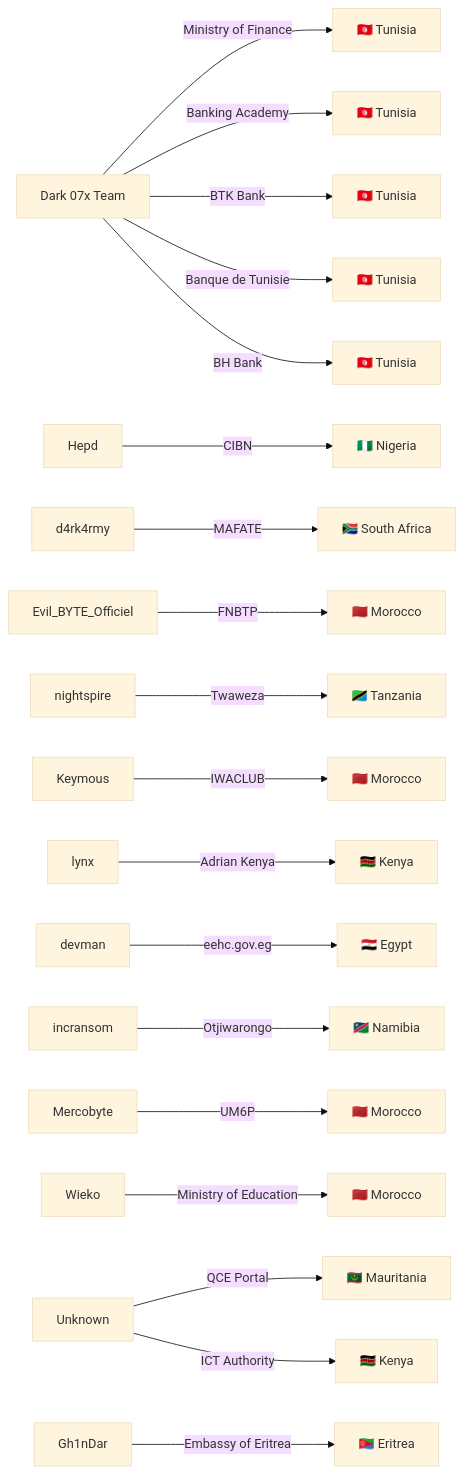
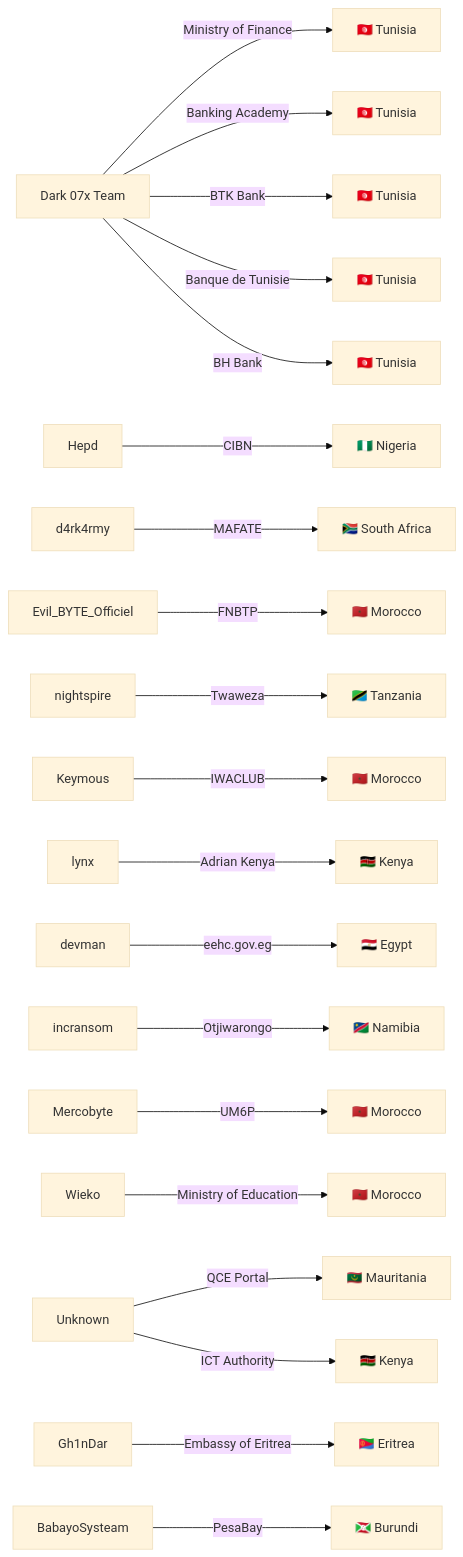
The fifth of 6 diagrams in CyberAttackAfrica/2025/07-july/README.md (Hatchepsoute/AFRINTEL), drawn with Mermaid (base theme) before and after one commit. The commit also changed other lines of this file and 112 other files, not shown here.

````diff
--- a/CyberAttackAfrica/2025/07-july/README.md
+++ b/CyberAttackAfrica/2025/07-july/README.md
@@ -231,21 +245,22 @@
 ```mermaid
 graph LR
     Dark07["Dark 07x Team"] -->|Ministry of Finance| Tunisia1["🇹🇳 Tunisia"]
     Dark07 -->|Banking Academy| Tunisia2["🇹🇳 Tunisia"]
     Dark07 -->|BTK Bank| Tunisia3["🇹🇳 Tunisia"]
     Dark07 -->|Banque de Tunisie| Tunisia4["🇹🇳 Tunisia"]
     Dark07 -->|BH Bank| Tunisia5["🇹🇳 Tunisia"]
     Hepd -->|CIBN| Nigeria["🇳🇬 Nigeria"]
     d4rk4rmy -->|MAFATE| SouthAfrica["🇿🇦 South Africa"]
     EvilByte["Evil_BYTE_Officiel"] -->|FNBTP| Morocco0["🇲🇦 Morocco"]
     nightspire -->|Twaweza| Tanzania["🇹🇿 Tanzania"]
     Keymous -->|IWACLUB| Morocco1["🇲🇦 Morocco"]
     lynx -->|Adrian Kenya| Kenya["🇰🇪 Kenya"]
     devman -->|eehc.gov.eg| Egypt["🇪🇬 Egypt"]
     incransom -->|Otjiwarongo| Namibia["🇳🇦 Namibia"]
     Mercobyte -->|UM6P| Morocco2["🇲🇦 Morocco"]
     Wieko -->|Ministry of Education| Morocco3["🇲🇦 Morocco"]
     Unknown -->|QCE Portal| Mauritania["🇲🇷 Mauritania"]
     Unknown -->|ICT Authority| Kenya2["🇰🇪 Kenya"]
     Gh1nDar -->|Embassy of Eritrea| Eritrea["🇪🇷 Eritrea"]
+    BabayoSysteam -->|PesaBay| Burundi["🇧🇮 Burundi"]
 ```
````
